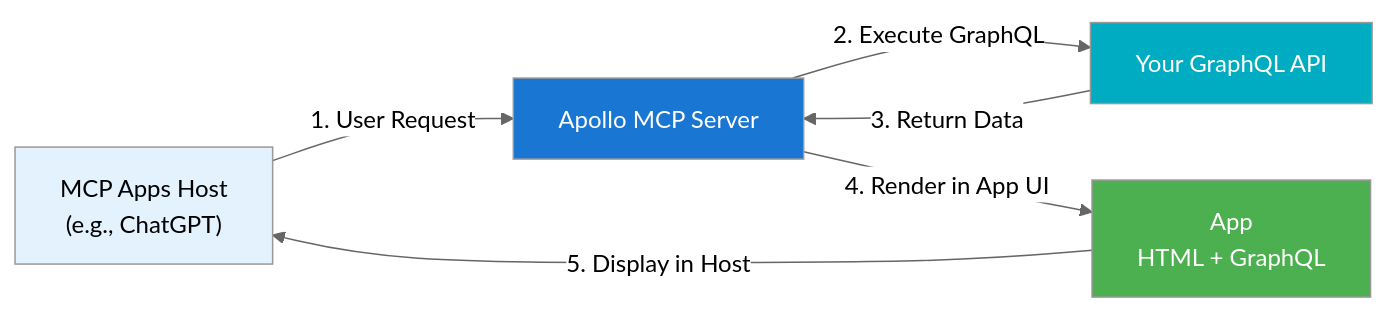
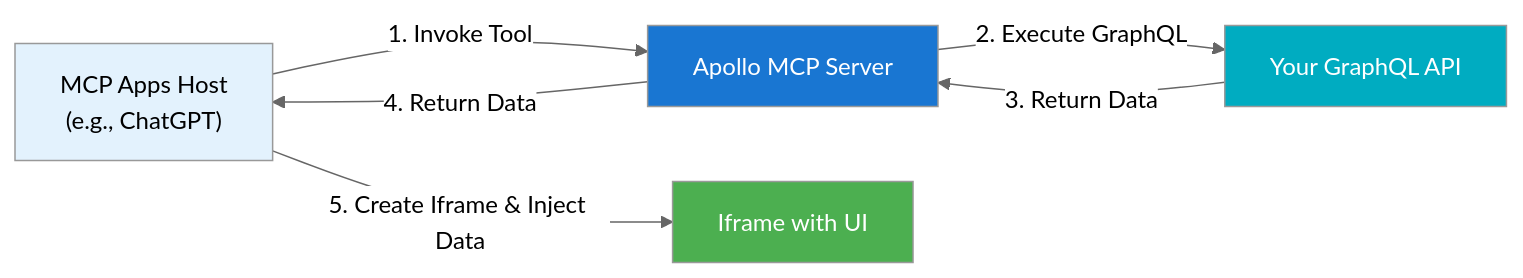
Before and after one commit to apollographql/apollo-mcp-server: the diagram in docs/source/mcp-apps.mdx, drawn with Mermaid (neutral theme). The commit also changed other lines of this file and 1 other file, not shown here.

Commit message:
Fixing some errors.

````diff
--- a/docs/source/mcp-apps.mdx
+++ b/docs/source/mcp-apps.mdx
@@ -31,18 +31,18 @@
 ```mermaid
 graph LR
     Host["MCP Apps Host\n(e.g., ChatGPT)"]
     MCPServer["Apollo MCP Server"]
     GraphQL["Your GraphQL API"]
-    App["App\nHTML + GraphQL"]
+    Iframe["Iframe with UI"]
     
-    Host -->|"1. User Request"| MCPServer
+    Host -->|"1. Invoke Tool"| MCPServer
     MCPServer -->|"2. Execute GraphQL"| GraphQL
     GraphQL -->|"3. Return Data"| MCPServer
-    MCPServer -->|"4. Render in App UI"| App
-    App -->|"5. Display in Host"| Host
+    MCPServer -->|"4. Return Data"| Host
+    Host -->|"5. Create Iframe & Inject Data"| Iframe
     
     style Host fill:#E3F2FD
     style MCPServer fill:#1976D2,color:#fff
     style GraphQL fill:#00ACC1,color:#fff
-    style App fill:#4CAF50,color:#fff
+    style Iframe fill:#4CAF50,color:#fff
 ```
````
